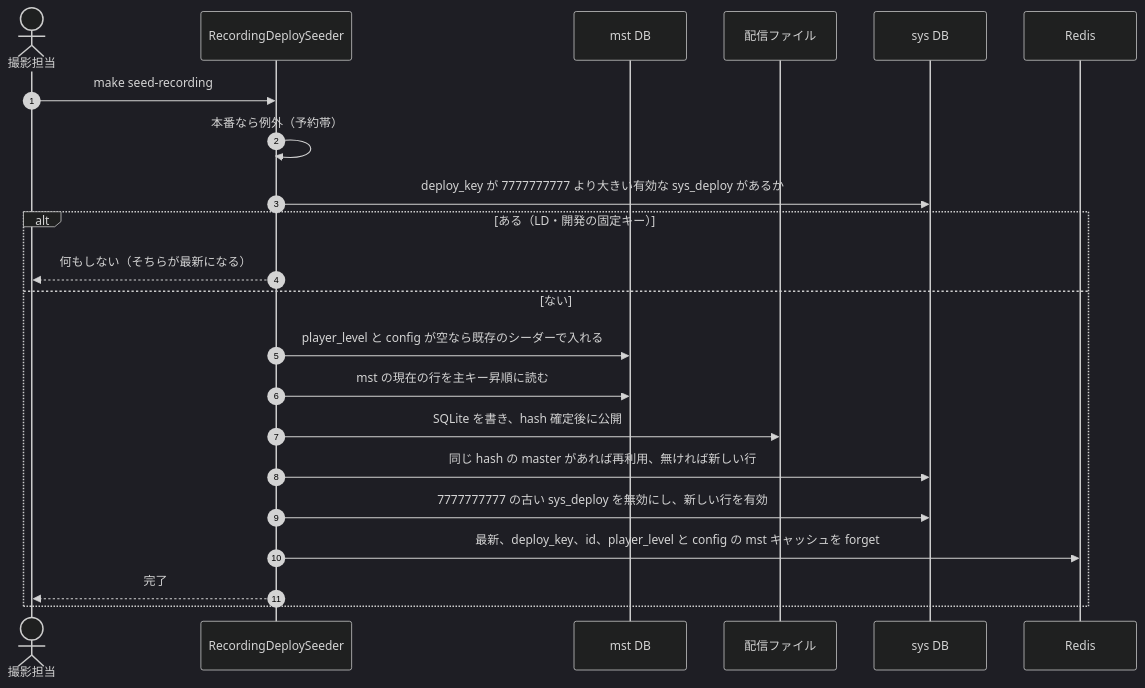
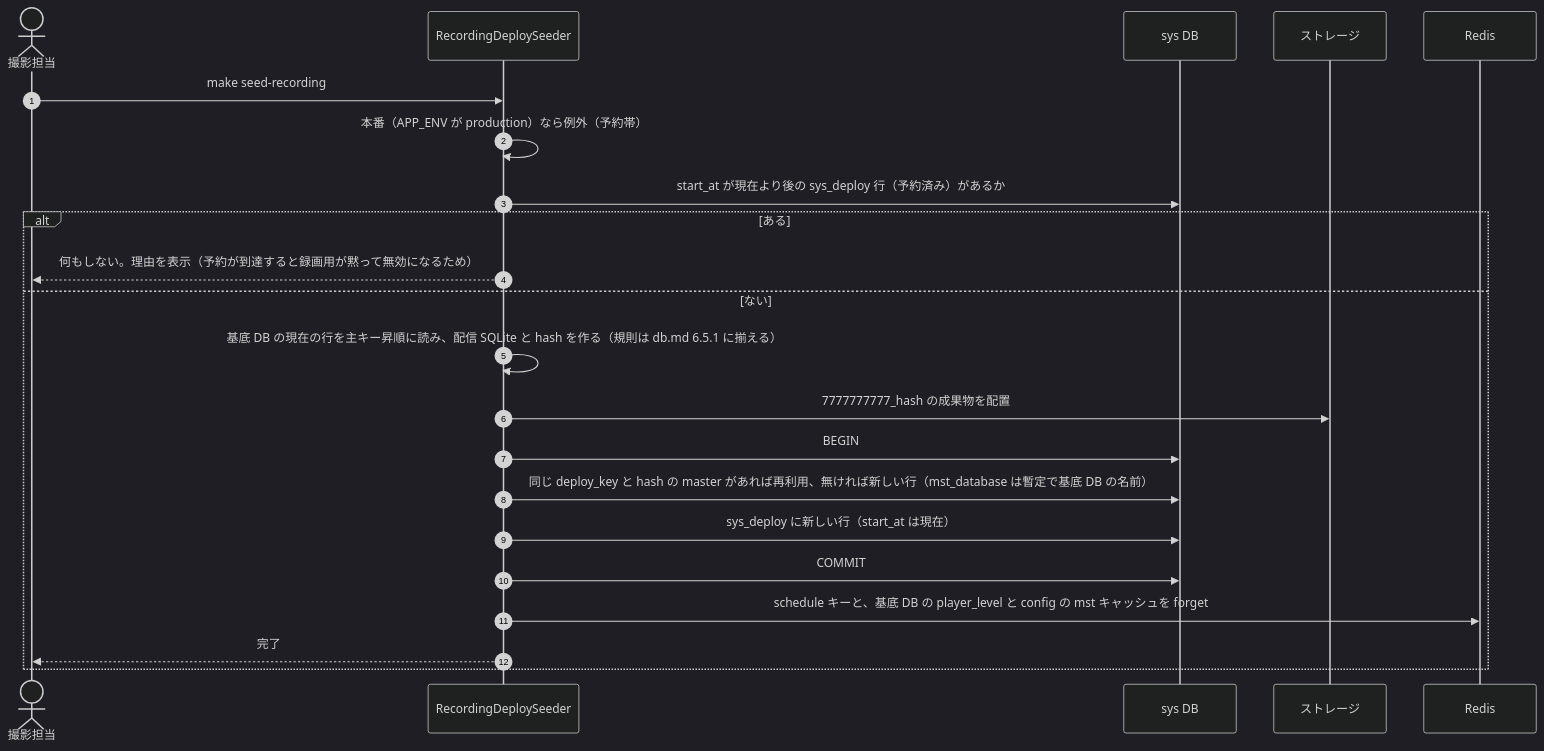
Before and after one commit to BENieBlack/NexusMobileGameServer-Laravel: diagram 19 of 20 in docs/design/master-distribution/sequence.md, drawn with Mermaid (dark theme). The commit also changed other lines of this file and 2 other files, not shown here.

Commit message:
docs: マスター配信のサーバー設計（db・api・sequence）を版ごとの mst DB と start_at の切り替えに書き直す（design-change） (#47)

````diff
--- a/docs/design/master-distribution/sequence.md
+++ b/docs/design/master-distribution/sequence.md
@@ -280,25 +733,25 @@
 ```mermaid
 sequenceDiagram
     autonumber
     actor DEV as 撮影担当
     participant S as RecordingDeploySeeder
-    participant MST as mst DB
-    participant FS as 配信ファイル
     participant SYS as sys DB
+    participant ST as ストレージ
     participant RD as Redis
 
     DEV->>S: make seed-recording
-    S->>S: 本番なら例外（予約帯）
-    S->>SYS: deploy_key が 7777777777 より大きい有効な sys_deploy があるか
-    alt ある（LD・開発の固定キー）
-        S-->>DEV: 何もしない（そちらが最新になる）
+    S->>S: 本番（APP_ENV が production）なら例外（予約帯）
+    S->>SYS: start_at が現在より後の sys_deploy 行（予約済み）があるか
+    alt ある
+        S-->>DEV: 何もしない。理由を表示（予約が到達すると録画用が黙って無効になるため）
     else ない
-        S->>MST: player_level と config が空なら既存のシーダーで入れる
-        S->>MST: mst の現在の行を主キー昇順に読む
-        S->>FS: SQLite を書き、hash 確定後に公開
-        S->>SYS: 同じ hash の master があれば再利用、無ければ新しい行
-        S->>SYS: 7777777777 の古い sys_deploy を無効にし、新しい行を有効
-        S->>RD: 最新、deploy_key、id、player_level と config の mst キャッシュを forget
+        S->>S: 基底 DB の現在の行を主キー昇順に読み、配信 SQLite と hash を作る（規則は db.md 6.5.1 に揃える）
+        S->>ST: 7777777777_hash の成果物を配置
+        S->>SYS: BEGIN
+        S->>SYS: 同じ deploy_key と hash の master があれば再利用、無ければ新しい行（mst_database は暫定で基底 DB の名前）
+        S->>SYS: sys_deploy に新しい行（start_at は現在）
+        S->>SYS: COMMIT
+        S->>RD: schedule キーと、基底 DB の player_level と config の mst キャッシュを forget
         S-->>DEV: 完了
     end
 ```
````
